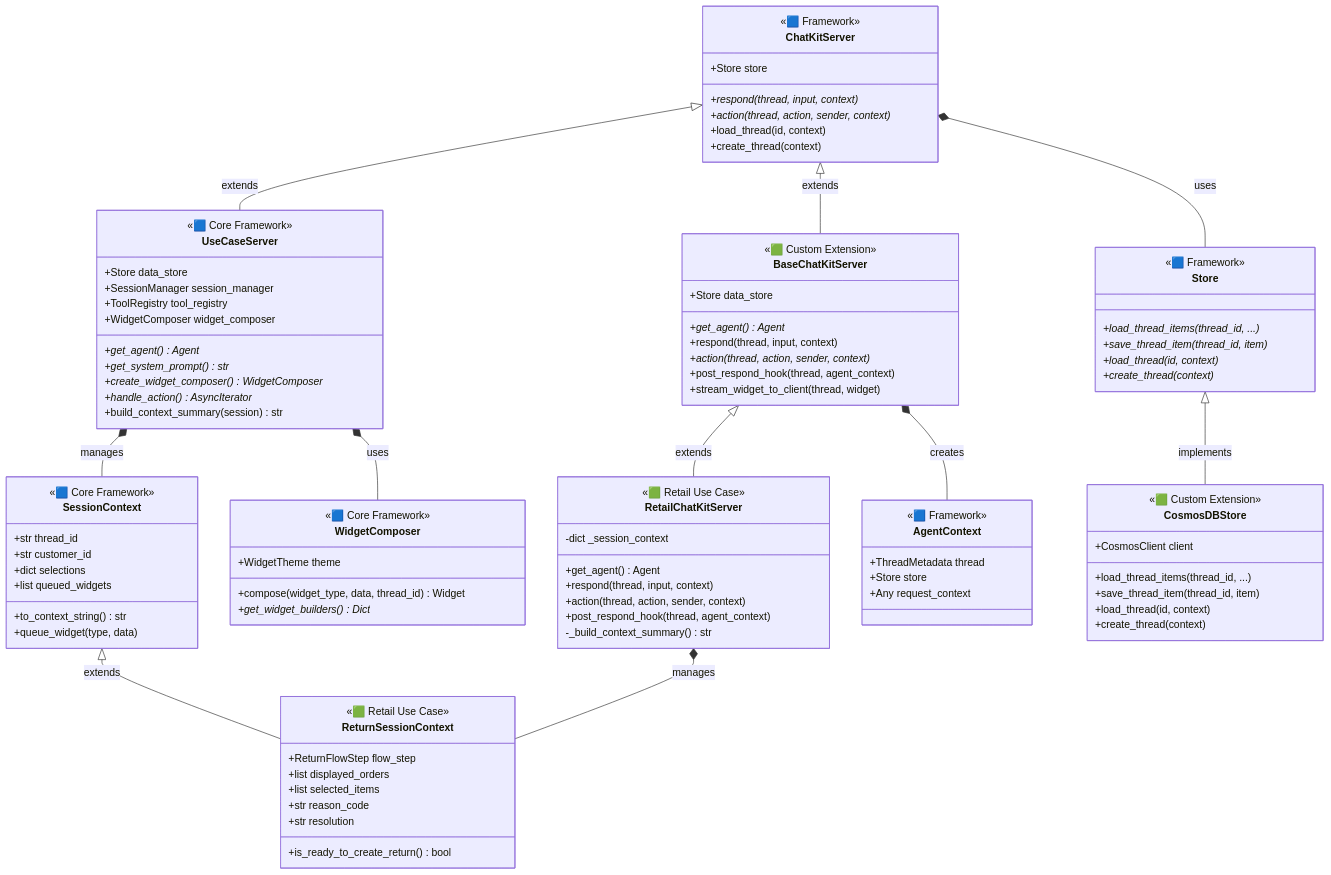
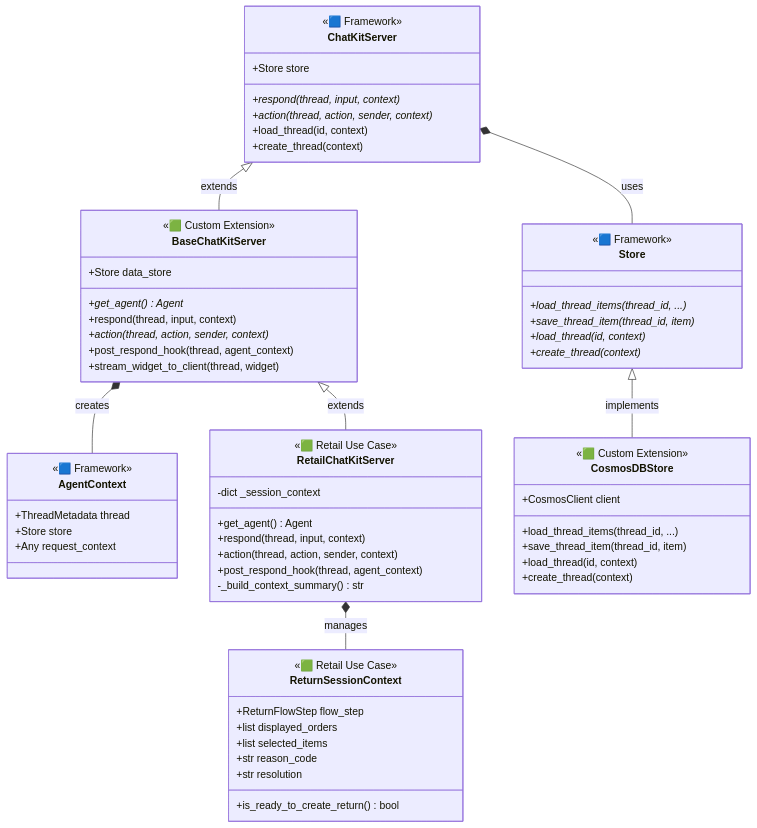
Before and after one commit to MSFT-Innovation-Hub-India/Chatkit-Order-Return-Sample: the first of 9 diagrams in docs/DIAGRAMS.md, drawn with Mermaid. The commit also changed other lines of this file and 7 other files, not shown here.

````diff
--- a/docs/DIAGRAMS.md
+++ b/docs/DIAGRAMS.md
@@ -70,37 +63,6 @@
         +ThreadMetadata thread
         +Store store
         +Any request_context
-    }
-    
-    %% Core Framework Base Classes (Blue - core/)
-    class UseCaseServer {
-        <<🟦 Core Framework>>
-        +Store data_store
-        +SessionManager session_manager
-        +ToolRegistry tool_registry
-        +WidgetComposer widget_composer
-        +get_agent()* Agent
-        +get_system_prompt()* str
-        +create_widget_composer()* WidgetComposer
-        +handle_action()* AsyncIterator
-        +build_context_summary(session) str
-    }
-    
-    class SessionContext {
-        <<🟦 Core Framework>>
-        +str thread_id
-        +str customer_id
-        +dict selections
-        +list queued_widgets
-        +to_context_string() str
-        +queue_widget(type, data)
-    }
-    
-    class WidgetComposer {
-        <<🟦 Core Framework>>
-        +WidgetTheme theme
-        +compose(widget_type, data, thread_id) Widget
-        +get_widget_builders()* Dict
     }
     
     %% Custom Base Server (Green)
@@ -146,10 +108,8 @@
         +create_thread(context)
     }
     
-    %% Inheritance - Core Framework
-    ChatKitServer <|-- UseCaseServer : extends
+    %% Inheritance
     ChatKitServer <|-- BaseChatKitServer : extends
-    SessionContext <|-- ReturnSessionContext : extends
     
     %% Inheritance - Retail
     BaseChatKitServer <|-- RetailChatKitServer : extends
@@ -157,8 +117,6 @@
     
     %% Composition
     ChatKitServer *-- Store : uses
-    UseCaseServer *-- SessionContext : manages
-    UseCaseServer *-- WidgetComposer : uses
     BaseChatKitServer *-- AgentContext : creates
     RetailChatKitServer *-- ReturnSessionContext : manages
 ```
````
